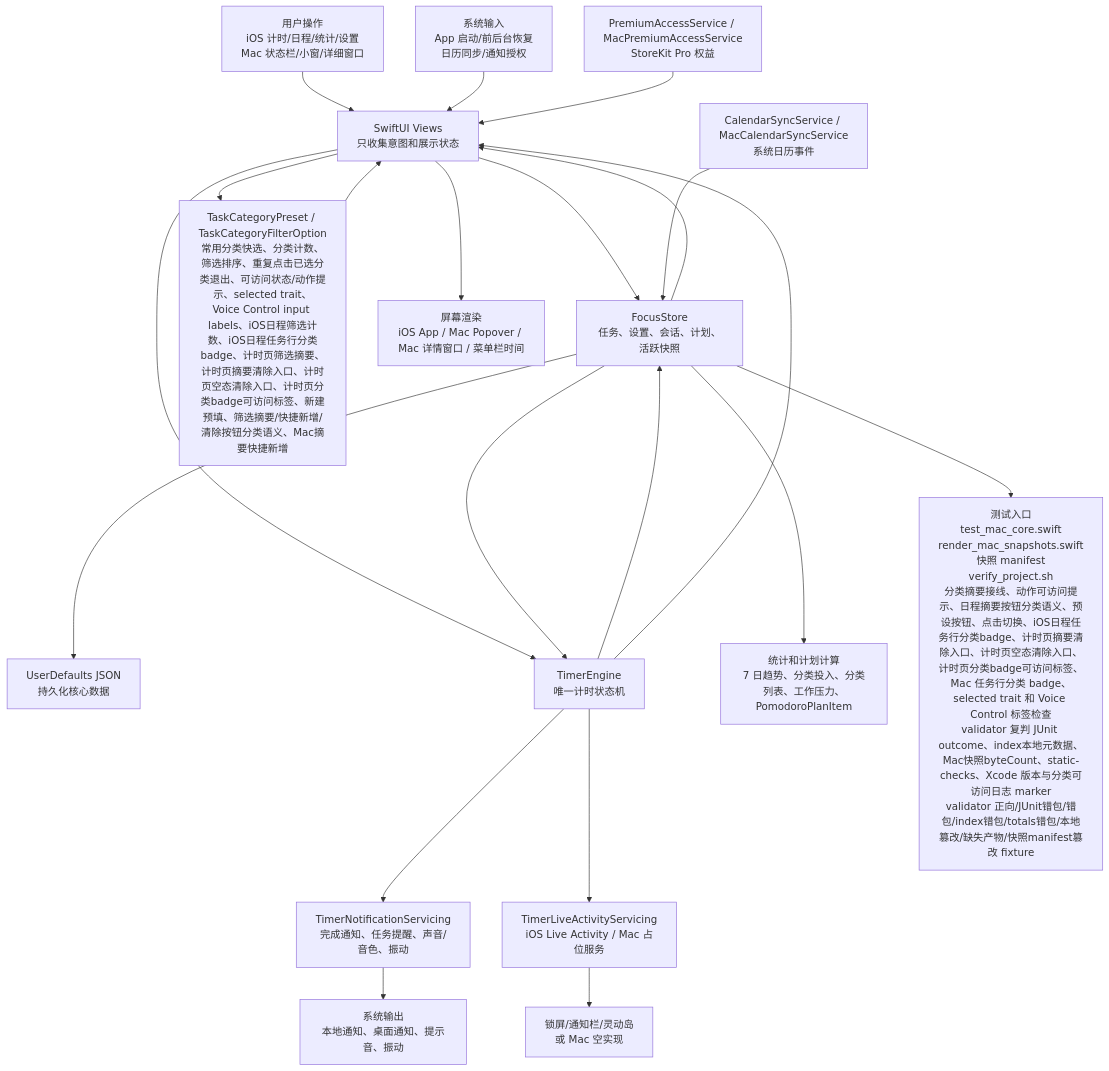
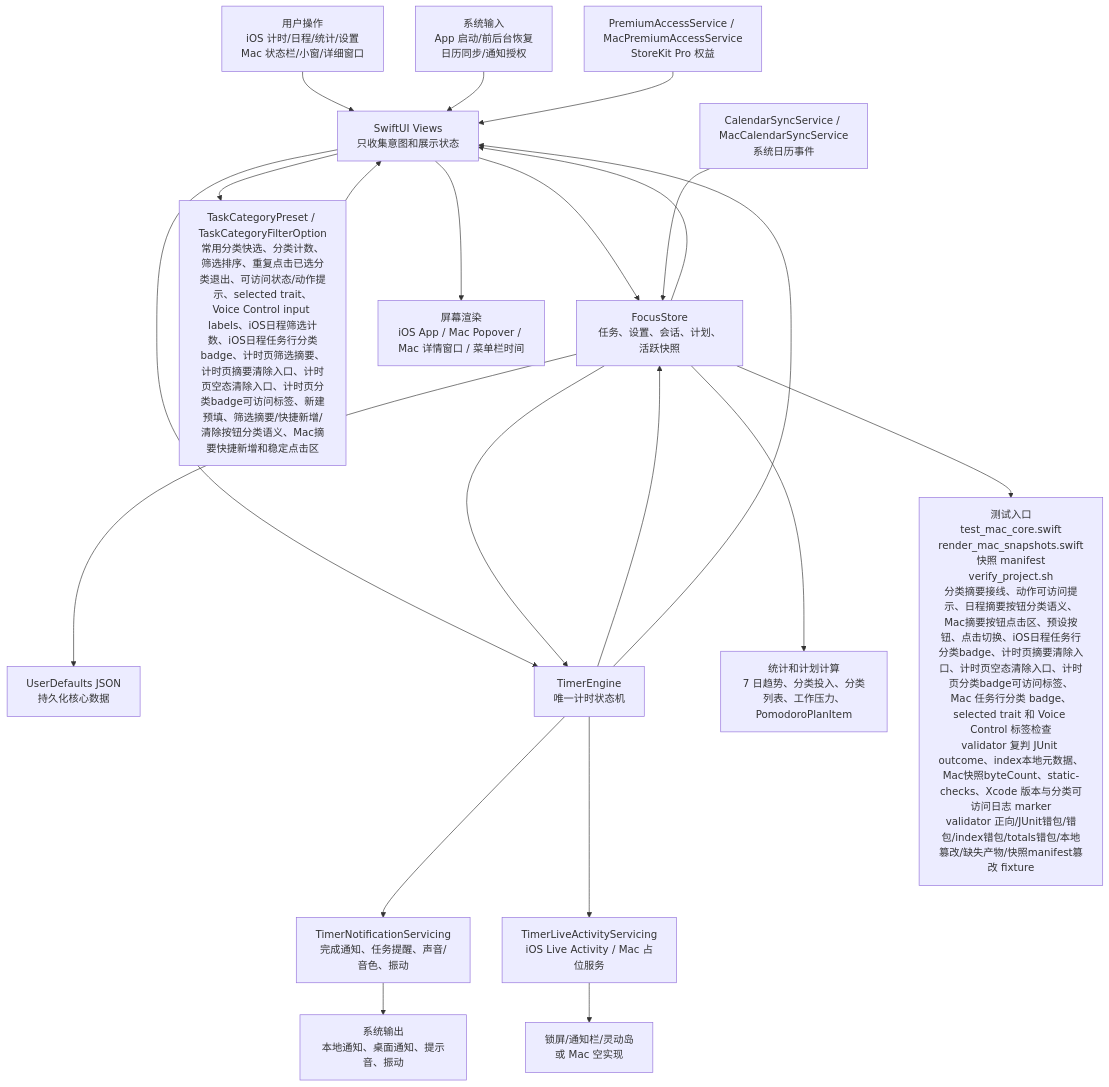
Before and after one commit to Altman-sam114/114: the first of 6 diagrams in md/flow/flowchart.md, drawn with Mermaid. The commit also changed other lines of this file and 7 other files, not shown here.

````diff
--- a/md/flow/flowchart.md
+++ b/md/flow/flowchart.md
@@ -9,23 +9,23 @@
 ```mermaid
 flowchart TD
   U["用户操作<br/>iOS 计时/日程/统计/设置<br/>Mac 状态栏/小窗/详细窗口"] --> V["SwiftUI Views<br/>只收集意图和展示状态"]
   SYS["系统输入<br/>App 启动/前后台恢复<br/>日历同步/通知授权"] --> V
   V --> S["FocusStore<br/>任务、设置、会话、计划、活跃快照"]
-  V --> CAT["TaskCategoryPreset / TaskCategoryFilterOption<br/>常用分类快选、分类计数、筛选排序、重复点击已选分类退出、可访问状态/动作提示、selected trait、Voice Control input labels、iOS日程筛选计数、iOS日程任务行分类badge、计时页筛选摘要、计时页摘要清除入口、计时页空态清除入口、计时页分类badge可访问标签、新建预填、筛选摘要/快捷新增/清除按钮分类语义、Mac摘要快捷新增"]
+  V --> CAT["TaskCategoryPreset / TaskCategoryFilterOption<br/>常用分类快选、分类计数、筛选排序、重复点击已选分类退出、可访问状态/动作提示、selected trait、Voice Control input labels、iOS日程筛选计数、iOS日程任务行分类badge、计时页筛选摘要、计时页摘要清除入口、计时页空态清除入口、计时页分类badge可访问标签、新建预填、筛选摘要/快捷新增/清除按钮分类语义、Mac摘要快捷新增和稳定点击区"]
   CAT --> V
   S --> P["UserDefaults JSON<br/>持久化核心数据"]
   V --> E["TimerEngine<br/>唯一计时状态机"]
   S --> E
   E --> S
   E --> N["TimerNotificationServicing<br/>完成通知、任务提醒、声音/音色、振动"]
   E --> L["TimerLiveActivityServicing<br/>iOS Live Activity / Mac 占位服务"]
   S --> C["统计和计划计算<br/>7 日趋势、分类投入、分类列表、工作压力、PomodoroPlanItem"]
   CAL["CalendarSyncService / MacCalendarSyncService<br/>系统日历事件"] --> S
   PRO["PremiumAccessService / MacPremiumAccessService<br/>StoreKit Pro 权益"] --> V
   S --> V
   E --> V
   V --> OUT["屏幕渲染<br/>iOS App / Mac Popover / Mac 详情窗口 / 菜单栏时间"]
   N --> OUT2["系统输出<br/>本地通知、桌面通知、提示音、振动"]
   L --> OUT3["锁屏/通知栏/灵动岛<br/>或 Mac 空实现"]
-  S --> T["测试入口<br/>test_mac_core.swift<br/>render_mac_snapshots.swift<br/>快照 manifest<br/>verify_project.sh<br/>分类摘要接线、动作可访问提示、日程摘要按钮分类语义、预设按钮、点击切换、iOS日程任务行分类badge、计时页摘要清除入口、计时页空态清除入口、计时页分类badge可访问标签、Mac 任务行分类 badge、selected trait 和 Voice Control 标签检查<br/>validator 复判 JUnit outcome、index本地元数据、Mac快照byteCount、static-checks、Xcode 版本与分类可访问日志 marker<br/>validator 正向/JUnit错包/错包/index错包/totals错包/本地篡改/缺失产物/快照manifest篡改 fixture"]
+  S --> T["测试入口<br/>test_mac_core.swift<br/>render_mac_snapshots.swift<br/>快照 manifest<br/>verify_project.sh<br/>分类摘要接线、动作可访问提示、日程摘要按钮分类语义、Mac摘要按钮点击区、预设按钮、点击切换、iOS日程任务行分类badge、计时页摘要清除入口、计时页空态清除入口、计时页分类badge可访问标签、Mac 任务行分类 badge、selected trait 和 Voice Control 标签检查<br/>validator 复判 JUnit outcome、index本地元数据、Mac快照byteCount、static-checks、Xcode 版本与分类可访问日志 marker<br/>validator 正向/JUnit错包/错包/index错包/totals错包/本地篡改/缺失产物/快照manifest篡改 fixture"]
 ```
````
